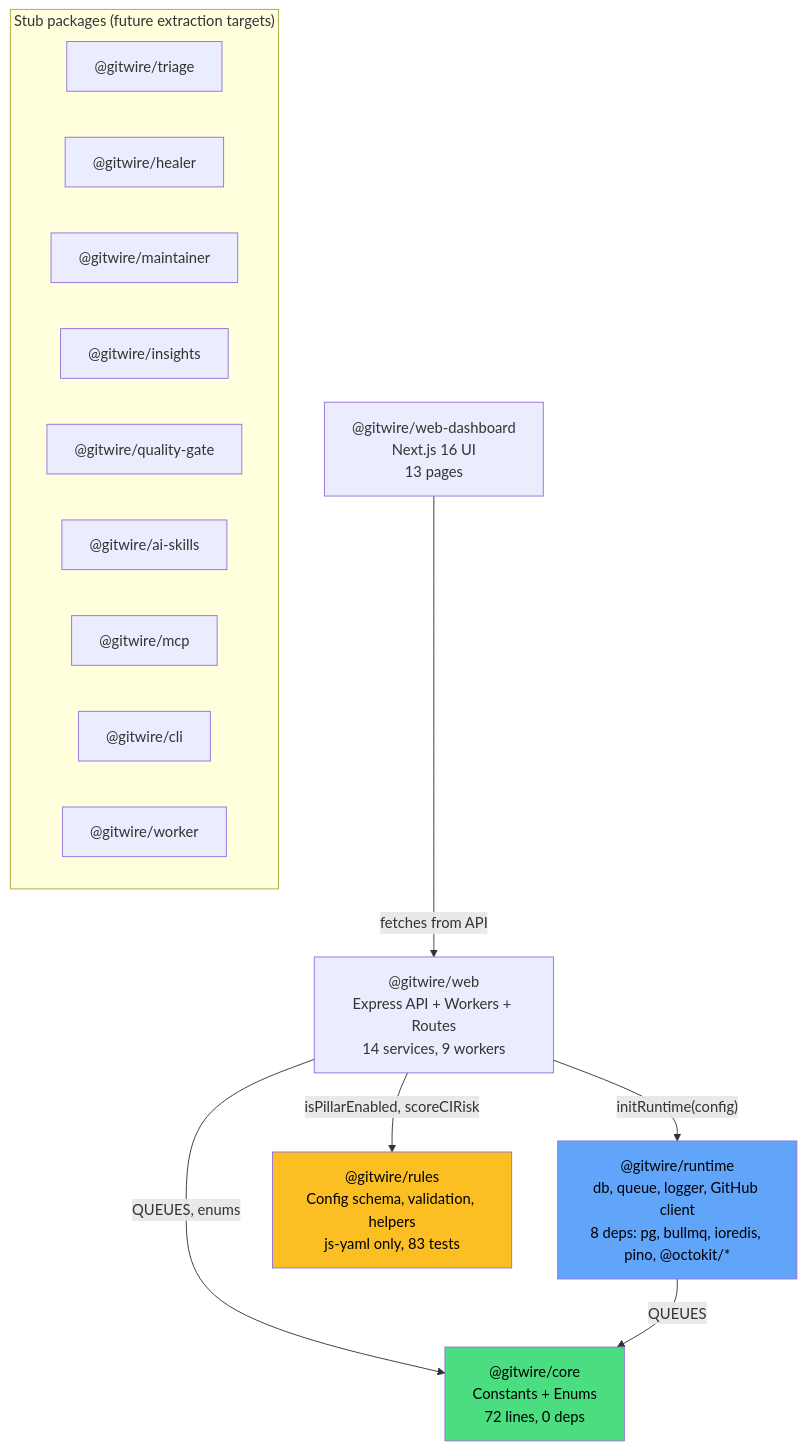
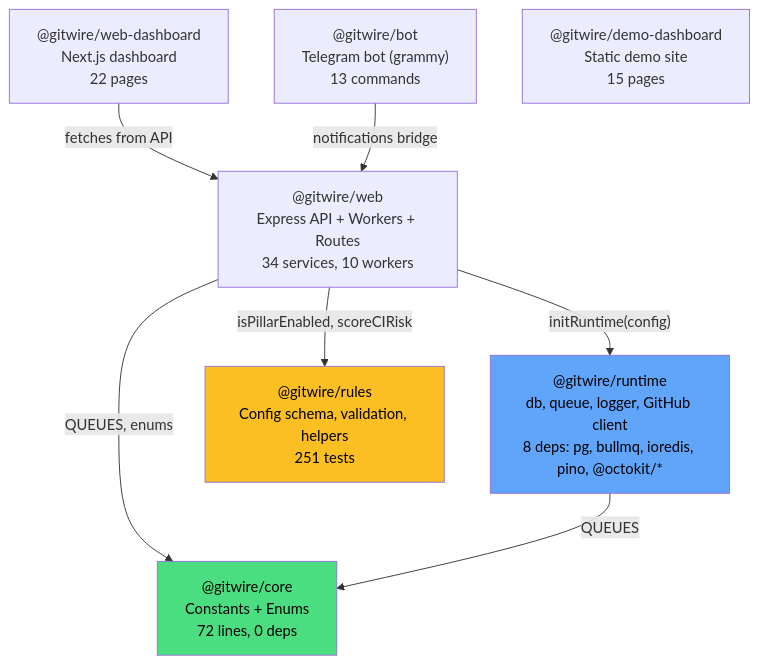
The diagram in docs/architecture/package-dependencies.md (Octo-Lex/GitWire), drawn with Mermaid before and after one commit. The commit also changed other lines of this file and 20 other files, not shown here.

First line of the commit message:
chore: delete 9 unused stub packages (16 → 7 packages)

````diff
--- a/docs/architecture/package-dependencies.md
+++ b/docs/architecture/package-dependencies.md
@@ -5,30 +5,21 @@
 ```mermaid
 graph TD
     core["@gitwire/core<br/>Constants + Enums<br/>72 lines, 0 deps"]
     runtime["@gitwire/runtime<br/>db, queue, logger, GitHub client<br/>8 deps: pg, bullmq, ioredis, pino, @octokit/*"]
-    rules["@gitwire/rules<br/>Config schema, validation, helpers<br/>js-yaml only, 83 tests"]
-    web["@gitwire/web<br/>Express API + Workers + Routes<br/>14 services, 9 workers"]
-    dashboard["@gitwire/web-dashboard<br/>Next.js 16 UI<br/>13 pages"]
+    rules["@gitwire/rules<br/>Config schema, validation, helpers<br/>251 tests"]
+    web["@gitwire/web<br/>Express API + Workers + Routes<br/>34 services, 10 workers"]
+    dashboard["@gitwire/web-dashboard<br/>Next.js dashboard<br/>22 pages"]
+    bot["@gitwire/bot<br/>Telegram bot (grammy)<br/>13 commands"]
+    demo["@gitwire/demo-dashboard<br/>Static demo site<br/>15 pages"]
 
     web -->|"QUEUES, enums"| core
     web -->|"initRuntime(config)"| runtime
     web -->|"isPillarEnabled, scoreCIRisk"| rules
     runtime -->|"QUEUES"| core
     dashboard -->|"fetches from API"| web
-
-    subgraph "Stub packages (future extraction targets)"
-        triage["@gitwire/triage"]
-        healer["@gitwire/healer"]
-        maintainer_pkg["@gitwire/maintainer"]
-        insights["@gitwire/insights"]
-        quality["@gitwire/quality-gate"]
-        skills["@gitwire/ai-skills"]
-        mcp["@gitwire/mcp"]
-        cli["@gitwire/cli"]
-        worker_pkg["@gitwire/worker"]
-    end
+    bot -->|"notifications bridge"| web
 
     style core fill:#4ade80,color:#000
     style runtime fill:#60a5fa,color:#000
     style rules fill:#fbbf24,color:#000
 ```
````
